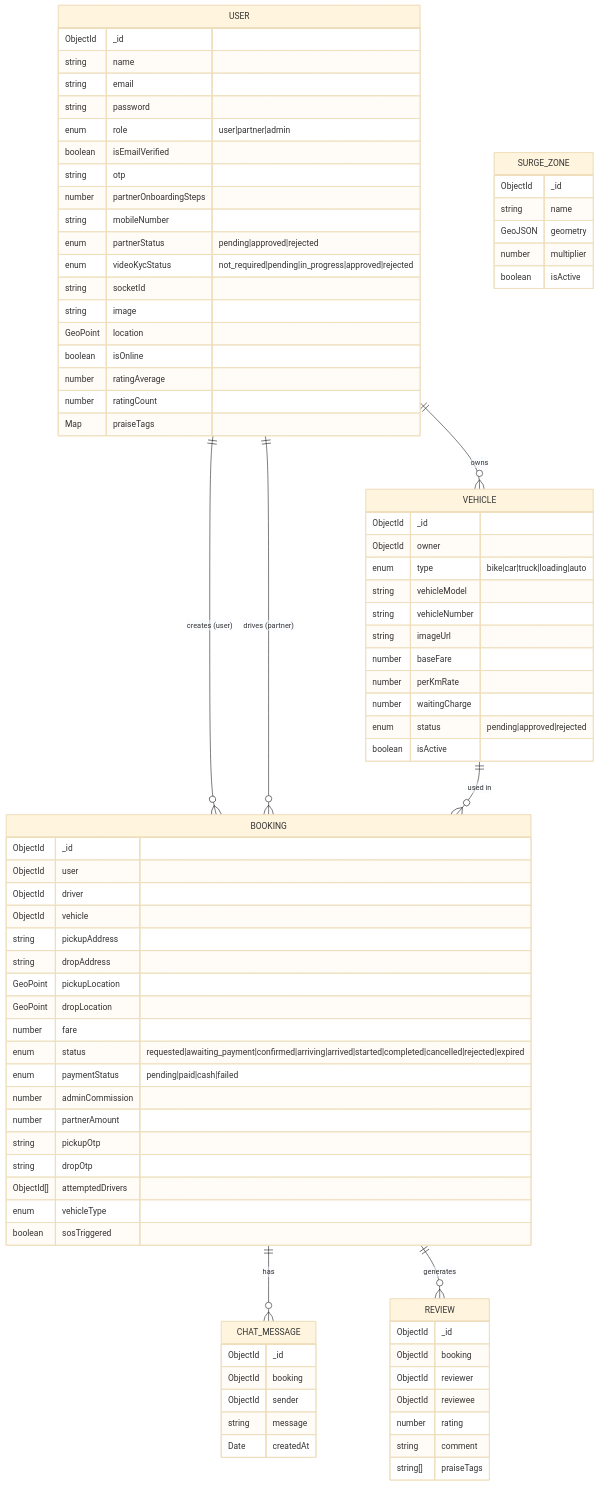
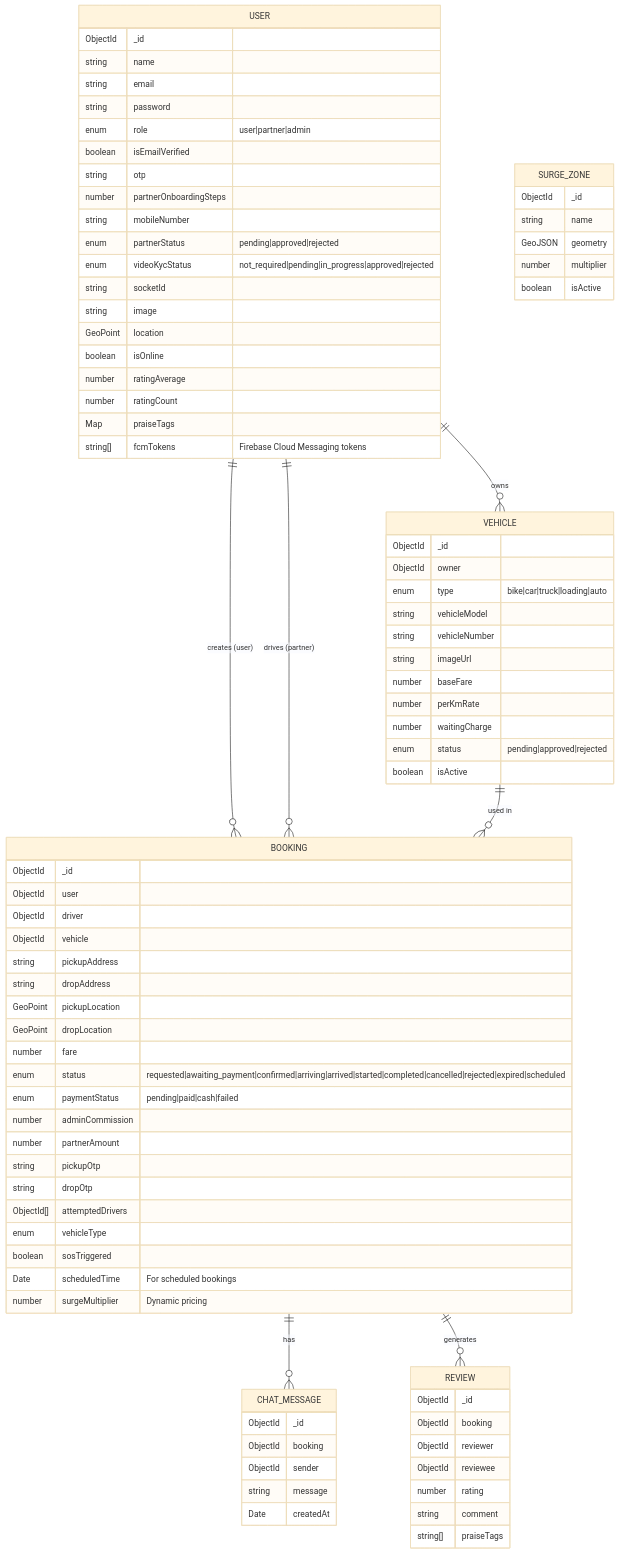
The second of 5 diagrams in readme.md (Zuhaib-dev/rydex), drawn with Mermaid (base theme) before and after one commit. The commit also changed other lines of this file and 2 other files, not shown here.

```diff
--- a/readme.md
+++ b/readme.md
@@ -276,6 +287,7 @@
         number ratingAverage
         number ratingCount
         Map praiseTags
+        string[] fcmTokens "Firebase Cloud Messaging tokens"
     }
 
     VEHICLE {
@@ -302,7 +314,7 @@
         GeoPoint pickupLocation
         GeoPoint dropLocation
         number fare
-        enum status "requested|awaiting_payment|confirmed|arriving|arrived|started|completed|cancelled|rejected|expired"
+        enum status "requested|awaiting_payment|confirmed|arriving|arrived|started|completed|cancelled|rejected|expired|scheduled"
         enum paymentStatus "pending|paid|cash|failed"
         number adminCommission
         number partnerAmount
@@ -311,6 +323,8 @@
         ObjectId[] attemptedDrivers
         enum vehicleType
         boolean sosTriggered
+        Date scheduledTime "For scheduled bookings"
+        number surgeMultiplier "Dynamic pricing"
     }
 
     REVIEW {
```
